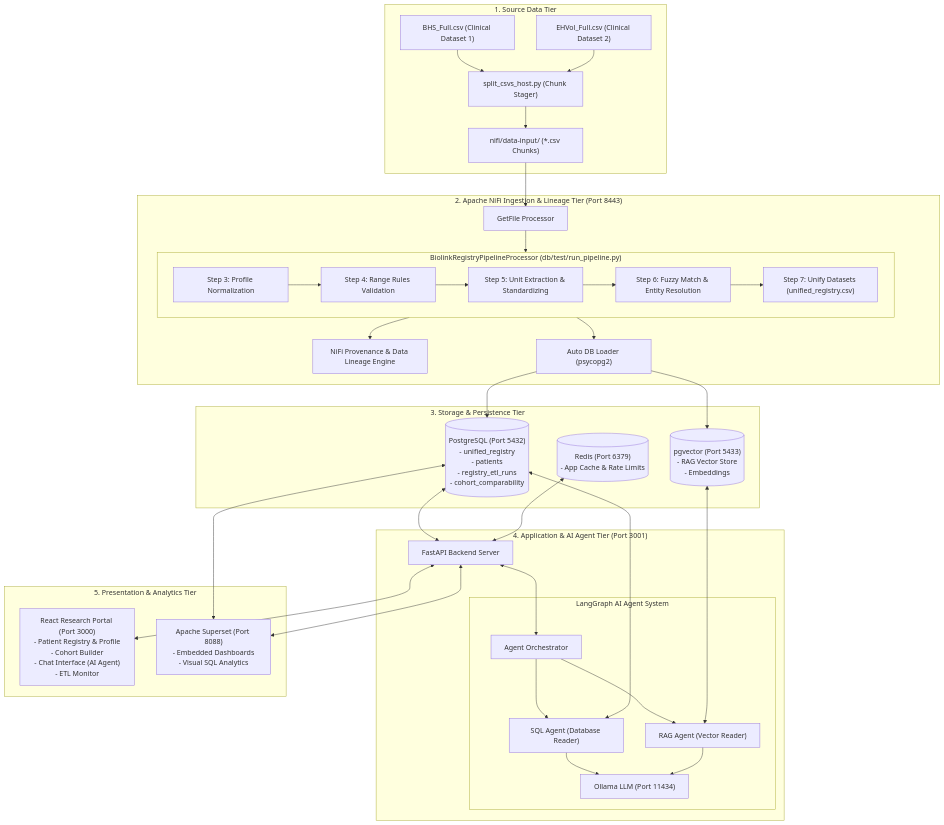
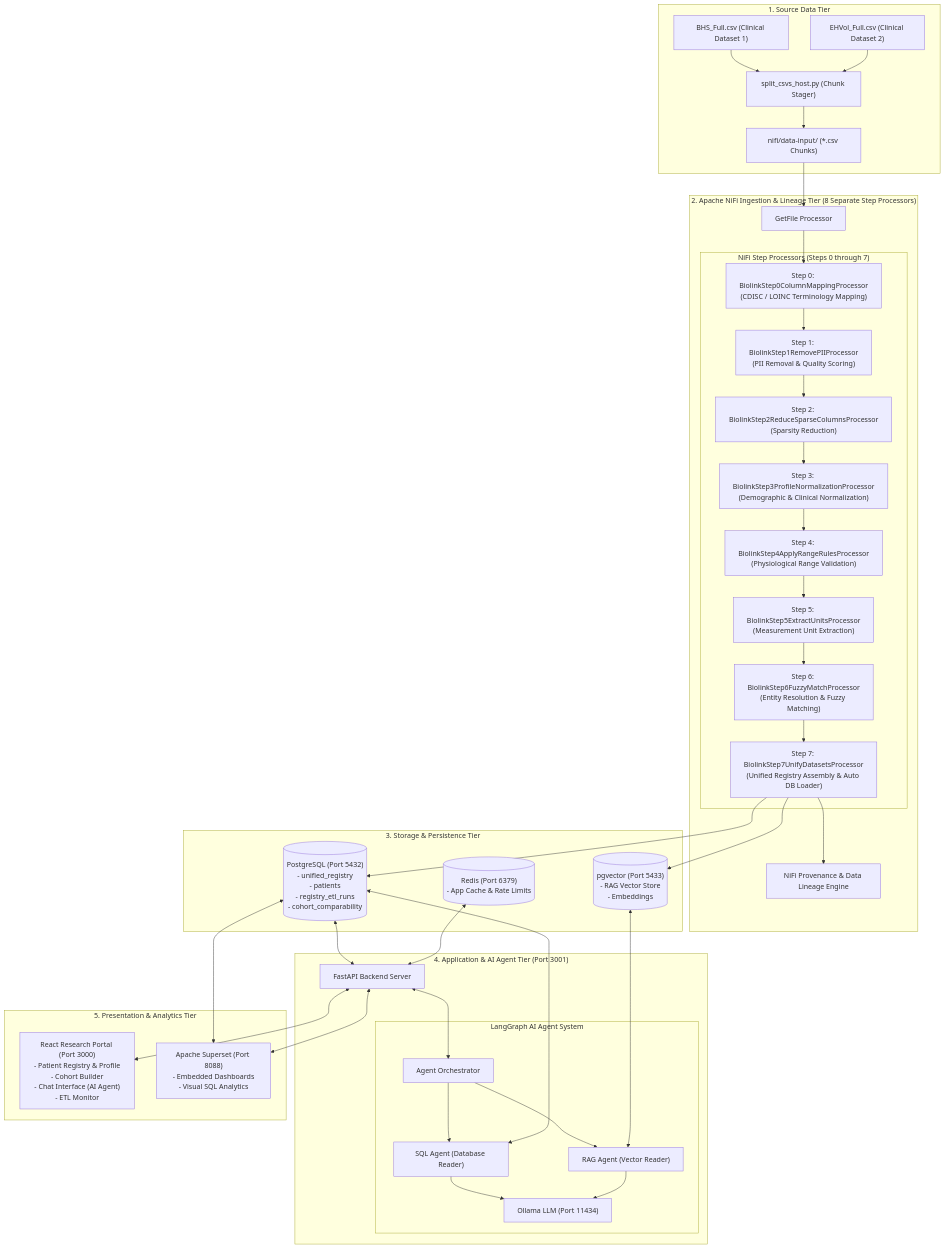
Before and after one commit to menyawino/BioLink: the diagram in README.md, drawn with Mermaid. The commit also changed 8 other files, not shown here.

Commit message:
feat: implement modular BioLink NiFi pipeline with 8 distinct processors and update architecture documentation.

````diff
--- a/README.md
+++ b/README.md
@@ -78,75 +78,76 @@
 ```mermaid
 flowchart TD
     subgraph DataSources["1. Source Data Tier"]
         CSV1["BHS_Full.csv (Clinical Dataset 1)"]
         CSV2["EHVol_Full.csv (Clinical Dataset 2)"]
         Stager["split_csvs_host.py (Chunk Stager)"]
         Chunks["nifi/data-input/ (*.csv Chunks)"]
 
         CSV1 --> Stager
         CSV2 --> Stager
         Stager --> Chunks
     end
 
-    subgraph NiFiTier["2. Apache NiFi Ingestion & Lineage Tier (Port 8443)"]
+    subgraph NiFiTier["2. Apache NiFi Ingestion & Lineage Tier (8 Separate Step Processors)"]
         GetFile["GetFile Processor"]
         
-        subgraph PipelineProcessor["BiolinkRegistryPipelineProcessor (db/test/run_pipeline.py)"]
-            P3["Step 3: Profile Normalization"]
-            P4["Step 4: Range Rules Validation"]
-            P5["Step 5: Unit Extraction & Standardizing"]
-            P6["Step 6: Fuzzy Match & Entity Resolution"]
-            P7["Step 7: Unify Datasets (unified_registry.csv)"]
+        subgraph PipelineProcessors["NiFi Step Processors (Steps 0 through 7)"]
+            S0["Step 0: BiolinkStep0ColumnMappingProcessor<br/>(CDISC / LOINC Terminology Mapping)"]
+            S1["Step 1: BiolinkStep1RemovePIIProcessor<br/>(PII Removal & Quality Scoring)"]
+            S2["Step 2: BiolinkStep2ReduceSparseColumnsProcessor<br/>(Sparsity Reduction)"]
+            S3["Step 3: BiolinkStep3ProfileNormalizationProcessor<br/>(Demographic & Clinical Normalization)"]
+            S4["Step 4: BiolinkStep4ApplyRangeRulesProcessor<br/>(Physiological Range Validation)"]
+            S5["Step 5: BiolinkStep5ExtractUnitsProcessor<br/>(Measurement Unit Extraction)"]
+            S6["Step 6: BiolinkStep6FuzzyMatchProcessor<br/>(Entity Resolution & Fuzzy Matching)"]
+            S7["Step 7: BiolinkStep7UnifyDatasetsProcessor<br/>(Unified Registry Assembly & Auto DB Loader)"]
 
-            P3 --> P4 --> P5 --> P6 --> P7
+            S0 --> S1 --> S2 --> S3 --> S4 --> S5 --> S6 --> S7
         end
 
         NiFiLineage["NiFi Provenance & Data Lineage Engine"]
-        DBLoader["Auto DB Loader (psycopg2)"]
 
         Chunks --> GetFile
-        GetFile --> PipelineProcessor
-        PipelineProcessor --> NiFiLineage
-        PipelineProcessor --> DBLoader
+        GetFile --> S0
+        S7 --> NiFiLineage
     end
 
     subgraph StorageTier["3. Storage & Persistence Tier"]
         PG[("PostgreSQL (Port 5432)<br/>- unified_registry<br/>- patients<br/>- registry_etl_runs<br/>- cohort_comparability")]
         PGV[("pgvector (Port 5433)<br/>- RAG Vector Store<br/>- Embeddings")]
         Redis[("Redis (Port 6379)<br/>- App Cache & Rate Limits")]
 
-        DBLoader --> PG
-        DBLoader --> PGV
+        S7 --> PG
+        S7 --> PGV
     end
 
     subgraph BackendTier["4. Application & AI Agent Tier (Port 3001)"]
         FastAPI["FastAPI Backend Server"]
         
         subgraph AIAgent["LangGraph AI Agent System"]
             Orchestrator["Agent Orchestrator"]
             SQLAgent["SQL Agent (Database Reader)"]
             RAGAgent["RAG Agent (Vector Reader)"]
             Ollama["Ollama LLM (Port 11434)"]
 
             Orchestrator --> SQLAgent
             Orchestrator --> RAGAgent
             SQLAgent --> Ollama
             RAGAgent --> Ollama
         end
 
         PG <--> FastAPI
         PGV <--> RAGAgent
         PG <--> SQLAgent
         Redis <--> FastAPI
         FastAPI <--> Orchestrator
     end
 
     subgraph PresentationTier["5. Presentation & Analytics Tier"]
         Portal["React Research Portal (Port 3000)<br/>- Patient Registry & Profile<br/>- Cohort Builder<br/>- Chat Interface (AI Agent)<br/>- ETL Monitor"]
         Superset["Apache Superset (Port 8088)<br/>- Embedded Dashboards<br/>- Visual SQL Analytics"]
 
         FastAPI <--> Portal
         FastAPI <--> Superset
         PG <--> Superset
     end
 ```
````
